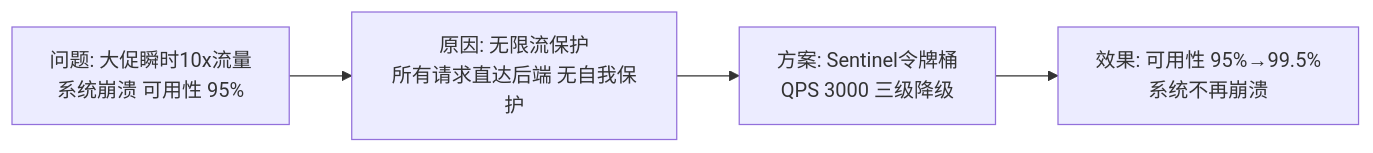
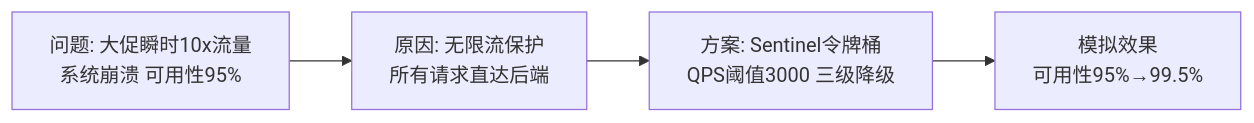
Before and after one commit to EdgarLQS/SoftwareArchitectureExamGuide: the third of 6 diagrams in 02-论文专题/0011-性能优化/00-大纲记忆卡.md, drawn with Mermaid. The commit also changed other lines of this file, not shown here.

````diff
--- a/02-论文专题/0011-性能优化/00-大纲记忆卡.md
+++ b/02-论文专题/0011-性能优化/00-大纲记忆卡.md
@@ -45,6 +62,6 @@
 ```mermaid
 flowchart LR
-    A["问题: 大促瞬时10x流量<br/>系统崩溃 可用性 95%"] --> B["原因: 无限流保护<br/>所有请求直达后端 无自我保护"]
-    B --> C["方案: Sentinel令牌桶<br/>QPS 3000 三级降级"]
-    C --> D["效果: 可用性 95%→99.5%<br/>系统不再崩溃"]
+    A["问题: 大促瞬时10x流量<br/>系统崩溃 可用性95%"] --> B["原因: 无限流保护<br/>所有请求直达后端"]
+    B --> C["方案: Sentinel令牌桶<br/>QPS阈值3000 三级降级"]
+    C --> D["模拟效果<br/>可用性95%→99.5%"]
 ```
````
